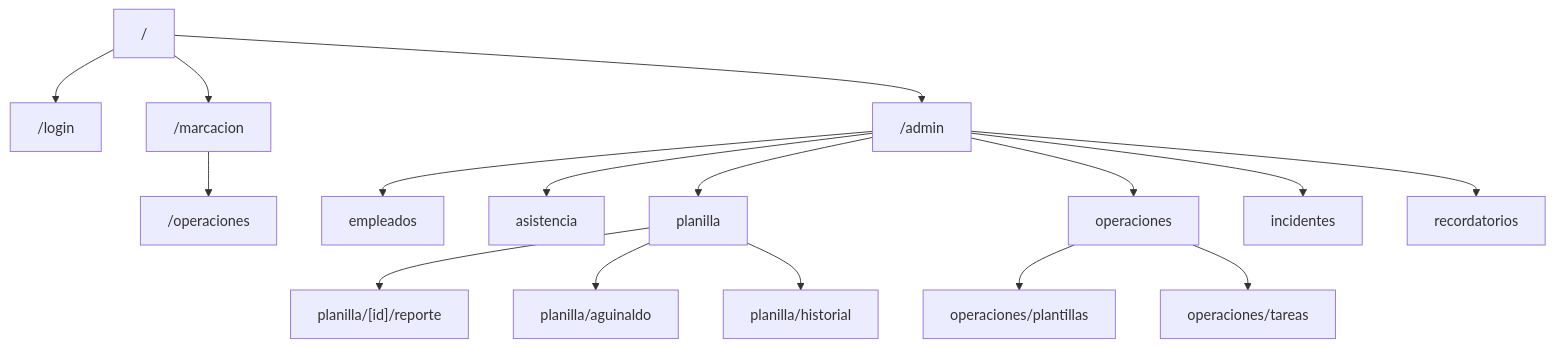
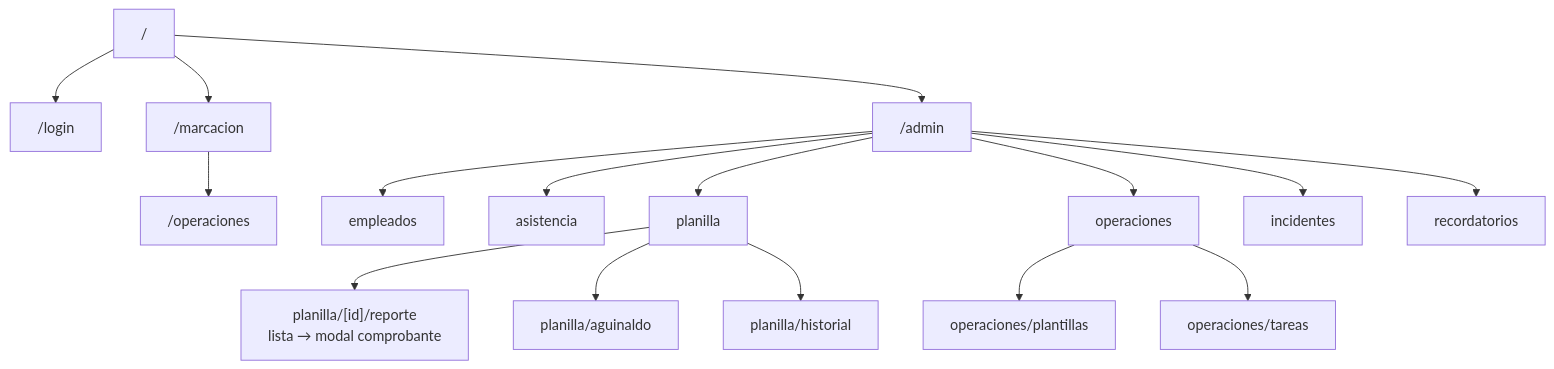
Diagram 13 of 13 in docs/ARQUITECTURA.md (dajosava/planilla_grt), drawn with Mermaid before and after one commit. The commit also changed other lines of this file and 4 other files, not shown here.

````diff
--- a/docs/ARQUITECTURA.md
+++ b/docs/ARQUITECTURA.md
@@ -420,18 +420,18 @@
 ```mermaid
 flowchart TB
   Home["/"] --> Login["/login"]
   Home --> Marc["/marcacion"]
   Home --> Admin["/admin"]
   Marc --> OpsEmp["/operaciones"]
   Admin --> Emp["empleados"]
   Admin --> Asi["asistencia"]
   Admin --> Pla["planilla"]
   Admin --> Ope["operaciones"]
   Admin --> Inc["incidentes"]
   Admin --> Rec["recordatorios"]
-  Pla --> Rep["planilla/[id]/reporte"]
+  Pla --> Rep["planilla/[id]/reporte<br/>lista → modal comprobante"]
   Pla --> Agu["planilla/aguinaldo"]
   Pla --> His["planilla/historial"]
   Ope --> Plant["operaciones/plantillas"]
   Ope --> Tar["operaciones/tareas"]
 ```
````
